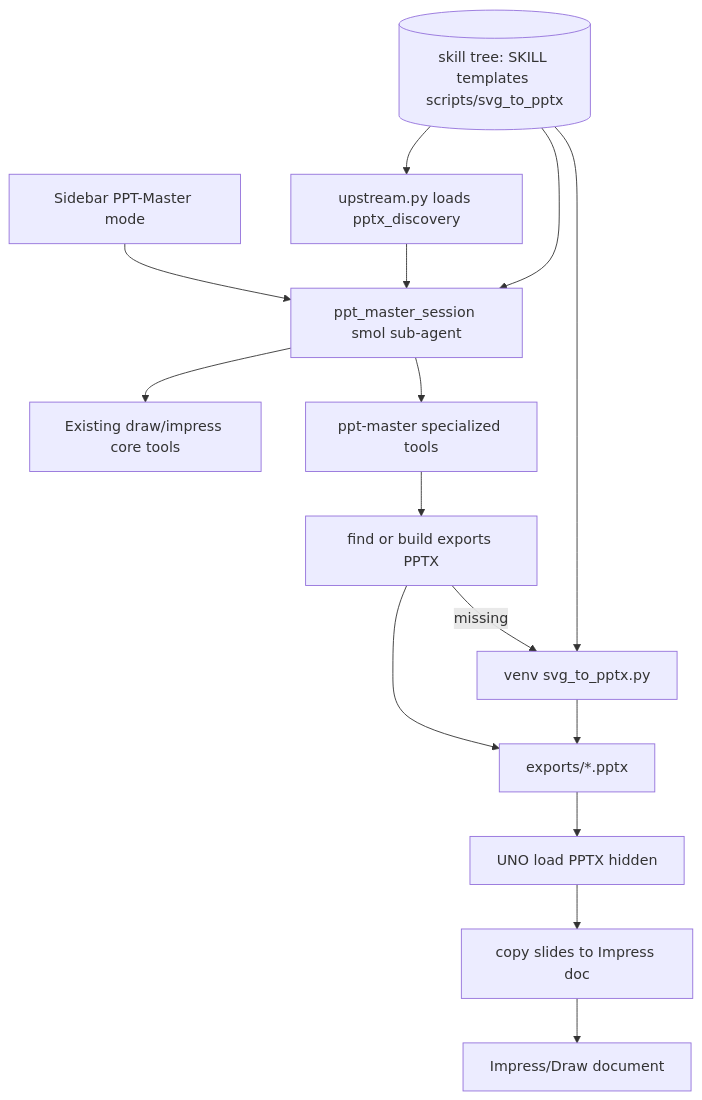
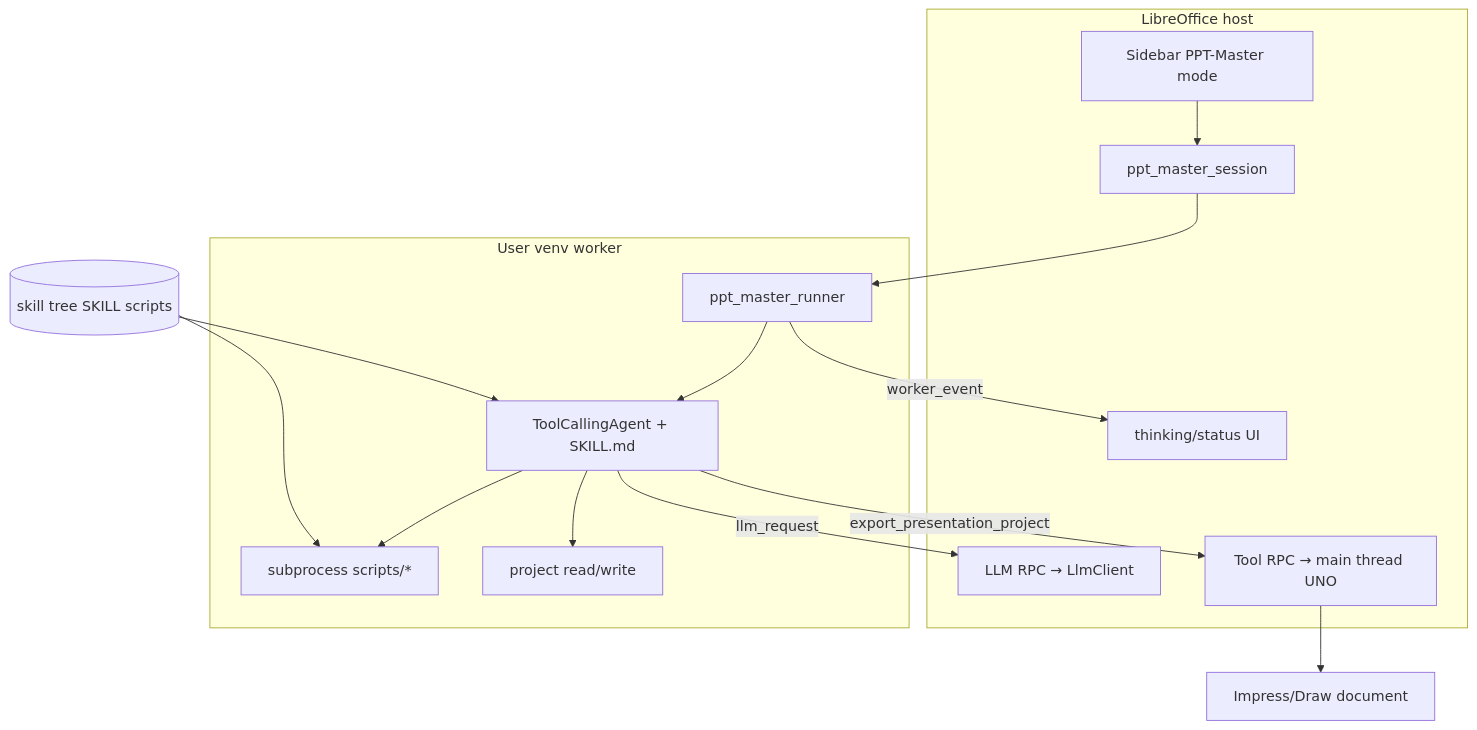
The diagram in docs/ppt-master-integration-plan.md (KeithCu/writeragent), drawn with Mermaid before and after one commit. The commit also changed other lines of this file and 16 other files, not shown here.

Commit message:
ppt-master runs in user's venv with pre-loaded skill. The file is huge YOLO

````diff
--- a/docs/ppt-master-integration-plan.md
+++ b/docs/ppt-master-integration-plan.md
@@ -65,17 +143,27 @@
 ```mermaid
 flowchart TB
-  UI[Sidebar PPT-Master mode] --> Session[ppt_master_session smol sub-agent]
-  Session --> DrawTools[Existing draw/impress core tools]
-  Session --> PmTools[ppt-master specialized tools]
-  PmTools --> FindPPTX[find or build exports PPTX]
-  FindPPTX -->|missing| Venv[venv svg_to_pptx.py]
-  FindPPTX --> PPTX[exports/*.pptx]
-  Venv --> PPTX
-  PPTX --> Import[UNO load PPTX hidden]
-  Import --> Copy[copy slides to Impress doc]
-  Copy --> UNO[Impress/Draw document]
-  Data[(skill tree: SKILL templates scripts/svg_to_pptx)] --> Venv
-  Data --> Upstream[upstream.py loads pptx_discovery]
-  Upstream --> Session
-  Data --> Session
+  subgraph host [LibreOffice host]
+    UI[Sidebar PPT-Master mode]
+    Session[ppt_master_session]
+    LLM_RPC[LLM RPC → LlmClient]
+    ToolRPC[Tool RPC → main thread UNO]
+    Drain[thinking/status UI]
+  end
+  subgraph venv [User venv worker]
+    Runner[ppt_master_runner]
+    Smol[ToolCallingAgent + SKILL.md]
+    Scripts[subprocess scripts/*]
+    Files[project read/write]
+  end
+  UI --> Session
+  Session --> Runner
+  Runner --> Smol
+  Smol -->|llm_request| LLM_RPC
+  Smol --> Scripts
+  Smol --> Files
+  Smol -->|export_presentation_project| ToolRPC
+  Runner -->|worker_event| Drain
+  Data[(skill tree SKILL scripts)] --> Scripts
+  Data --> Smol
+  ToolRPC --> UNO[Impress/Draw document]
 ```
````
